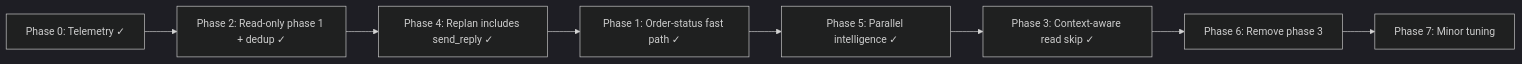
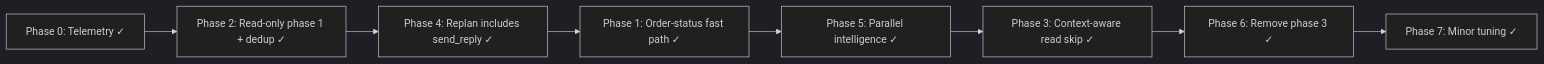
The second of 2 diagrams in docs/planner-optimization-plan.md (walledog11/shopkeeper), drawn with Mermaid (dark theme) before and after one commit. The commit also changed other lines of this file and 10 other files, not shown here.

````diff
--- a/docs/planner-optimization-plan.md
+++ b/docs/planner-optimization-plan.md
@@ -202,10 +208,10 @@
 ```mermaid
 flowchart LR
   P0[Phase 0: Telemetry ✓] --> P2[Phase 2: Read-only phase 1 + dedup ✓]
   P2 --> P4[Phase 4: Replan includes send_reply ✓]
   P4 --> P1[Phase 1: Order-status fast path ✓]
   P1 --> P5[Phase 5: Parallel intelligence ✓]
   P5 --> P3[Phase 3: Context-aware read skip ✓]
-  P3 --> P6[Phase 6: Remove phase 3]
-  P6 --> P7[Phase 7: Minor tuning]
+  P3 --> P6[Phase 6: Remove phase 3 ✓]
+  P6 --> P7[Phase 7: Minor tuning ✓]
 ```
````
